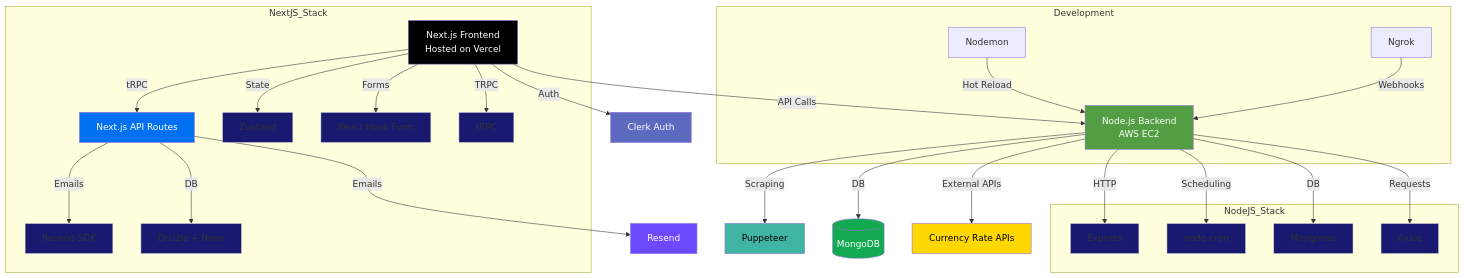
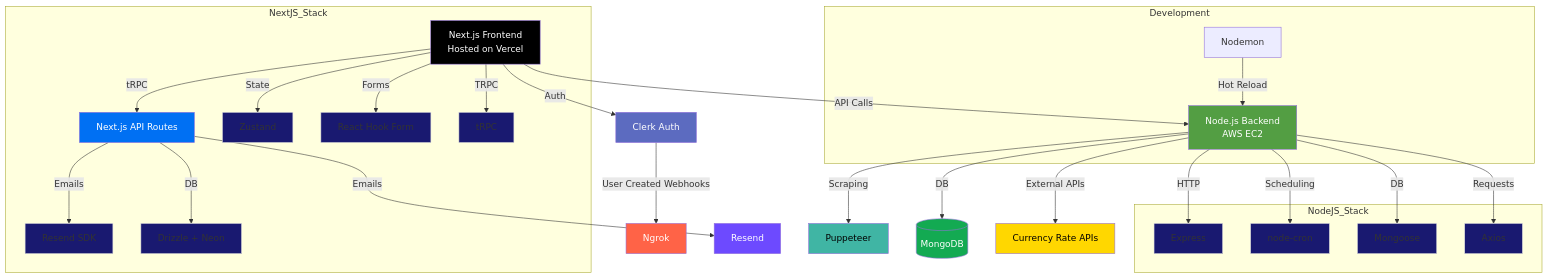
One commit to SashenJayathilaka/Ausi-Lanka-Ecom changed the diagram in README.md. Above: the diagram before and after it, drawn with Mermaid.

Commit message:
📄 Updated README.md

````diff
--- a/README.md
+++ b/README.md
@@ -52,50 +52,51 @@
 ```mermaid
 graph TD
     %% Frontend Section
     A[Next.js Frontend\nHosted on Vercel] -->|tRPC| B[Next.js API Routes]
     A -->|Auth| K[Clerk Auth]
+    K -->|User Created Webhooks| G[Ngrok]
 
     %% Backend Services
     B -->|Emails| R[Resend]
 
     %% Node.js Backend (Separate Service)
     N[Node.js Backend\nAWS EC2] -->|Scraping| C[Puppeteer]
     N -->|DB| E[(MongoDB)]
     N -->|External APIs| D[Currency Rate APIs]
     A -->|API Calls| N
 
     %% Development Tools
     subgraph Development
         F[Nodemon] -->|Hot Reload| N
-        G[Ngrok] -->|Webhooks| N
     end
 
     %% Key Packages
     subgraph NextJS_Stack
         B -->|Emails| L[Resend SDK]
         B -->|DB| M[Drizzle + Neon]
         A -->|State| H[Zustand]
         A -->|Forms| I[React Hook Form]
         A -->|TRPC| J[tRPC]
     end
 
     subgraph NodeJS_Stack
         N -->|HTTP| O[Express]
         N -->|Scheduling| P[node-cron]
         N -->|DB| Q[Mongoose]
         N -->|Requests| S[Axios]
     end
 
     %% Styling
     style A fill:#000000,color:#ffffff
     style B fill:#0070f3,color:#ffffff
     style N fill:#539E43,color:#ffffff
     style C fill:#40B5A4,color:#000000
     style D fill:#FFD700,color:#000000
     style E fill:#13AA52,color:#ffffff
     style K fill:#5C6BC0,color:#ffffff
     style R fill:#6D4AFF,color:#ffffff
+    style G fill:#FF6347,color:#ffffff
 
     classDef pkg fill:#191970,stroke:#ddd;
     class H,I,J,L,M,O,P,Q,S pkg;
 ```
````
